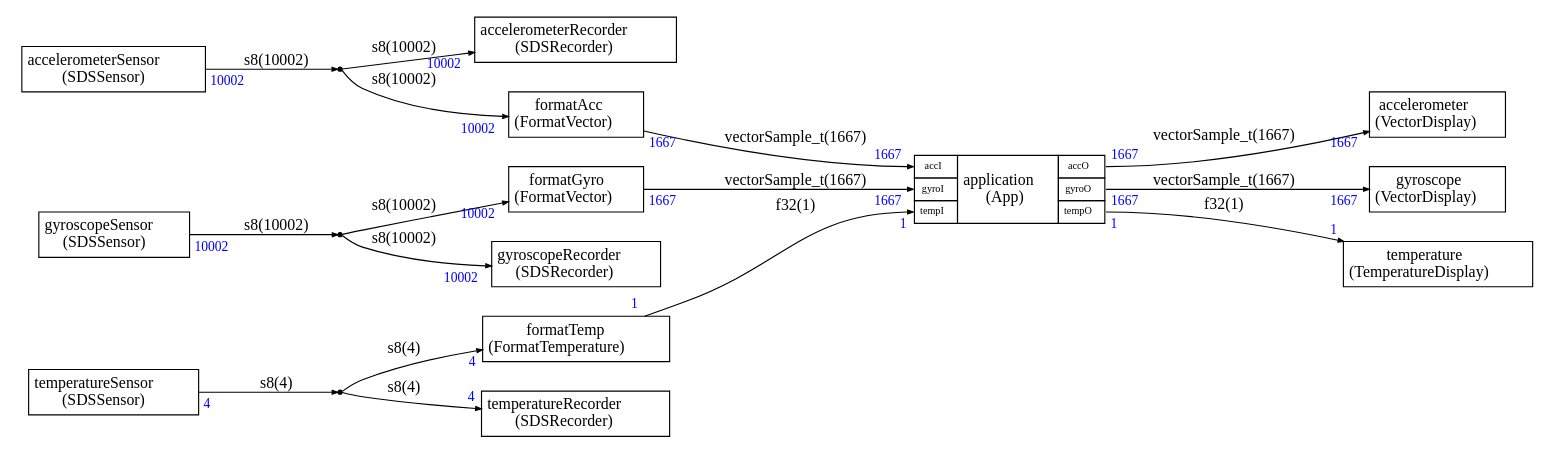
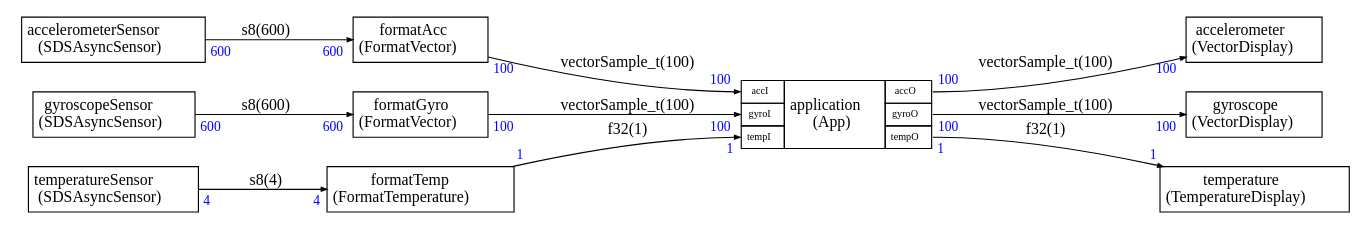
One commit to christophe0606/SDS-Framework changed the diagram in demo/Stream/demo.dot. Above: the diagram before and after it, drawn with Graphviz. The commit also changed 9 other files, not shown here.

```diff
--- a/demo/Stream/demo.dot
+++ b/demo/Stream/demo.dot
@@ -16,17 +16,10 @@
   </TR>
 </TABLE>>];
 
-accelerometerRecorder [label=<
-<TABLE BORDER="0" CELLBORDER="1" CELLSPACING="0" CELLPADDING="4">
-  <TR>
-    <TD ALIGN="CENTER" PORT="i">accelerometerRecorder<BR/>(SDSRecorder)</TD>
-  </TR>
-</TABLE>>];
-
 accelerometerSensor [label=<
 <TABLE BORDER="0" CELLBORDER="1" CELLSPACING="0" CELLPADDING="4">
   <TR>
-    <TD ALIGN="CENTER" PORT="i">accelerometerSensor<BR/>(SDSSensor)</TD>
+    <TD ALIGN="CENTER" PORT="i">accelerometerSensor<BR/>(SDSAsyncSensor)</TD>
   </TR>
 </TABLE>>];
 
@@ -49,12 +42,6 @@
 </TR>
 
 </TABLE>>];
-
-dup0 [shape=point,label=dup0]
-
-dup1 [shape=point,label=dup1]
-
-dup2 [shape=point,label=dup2]
 
 formatAcc [label=<
 <TABLE BORDER="0" CELLBORDER="1" CELLSPACING="0" CELLPADDING="4">
@@ -84,17 +71,10 @@
   </TR>
 </TABLE>>];
 
-gyroscopeRecorder [label=<
-<TABLE BORDER="0" CELLBORDER="1" CELLSPACING="0" CELLPADDING="4">
-  <TR>
-    <TD ALIGN="CENTER" PORT="i">gyroscopeRecorder<BR/>(SDSRecorder)</TD>
-  </TR>
-</TABLE>>];
-
 gyroscopeSensor [label=<
 <TABLE BORDER="0" CELLBORDER="1" CELLSPACING="0" CELLPADDING="4">
   <TR>
-    <TD ALIGN="CENTER" PORT="i">gyroscopeSensor<BR/>(SDSSensor)</TD>
+    <TD ALIGN="CENTER" PORT="i">gyroscopeSensor<BR/>(SDSAsyncSensor)</TD>
   </TR>
 </TABLE>>];
 
@@ -105,32 +85,43 @@
   </TR>
 </TABLE>>];
 
-temperatureRecorder [label=<
-<TABLE BORDER="0" CELLBORDER="1" CELLSPACING="0" CELLPADDING="4">
-  <TR>
-    <TD ALIGN="CENTER" PORT="i">temperatureRecorder<BR/>(SDSRecorder)</TD>
-  </TR>
-</TABLE>>];
-
 temperatureSensor [label=<
 <TABLE BORDER="0" CELLBORDER="1" CELLSPACING="0" CELLPADDING="4">
   <TR>
-    <TD ALIGN="CENTER" PORT="i">temperatureSensor<BR/>(SDSSensor)</TD>
+    <TD ALIGN="CENTER" PORT="i">temperatureSensor<BR/>(SDSAsyncSensor)</TD>
   </TR>
 </TABLE>>];
 
 
 
-formatAcc:i -> application:accI [label="vectorSample_t(1667)"
-,headlabel=<<TABLE BORDER="0" CELLPADDING="2"><TR><TD><FONT COLOR="blue" POINT-SIZE="12.0" >1667</FONT>
+accelerometerSensor:i -> formatAcc:i [label="s8(600)"
+,headlabel=<<TABLE BORDER="0" CELLPADDING="2"><TR><TD><FONT COLOR="blue" POINT-SIZE="12.0" >600</FONT>
 </TD></TR></TABLE>>
-,taillabel=<<TABLE BORDER="0" CELLPADDING="2"><TR><TD><FONT COLOR="blue" POINT-SIZE="12.0" >1667</FONT>
+,taillabel=<<TABLE BORDER="0" CELLPADDING="2"><TR><TD><FONT COLOR="blue" POINT-SIZE="12.0" >600</FONT>
 </TD></TR></TABLE>>]
 
-formatGyro:i -> application:gyroI [label="vectorSample_t(1667)"
-,headlabel=<<TABLE BORDER="0" CELLPADDING="2"><TR><TD><FONT COLOR="blue" POINT-SIZE="12.0" >1667</FONT>
+gyroscopeSensor:i -> formatGyro:i [label="s8(600)"
+,headlabel=<<TABLE BORDER="0" CELLPADDING="2"><TR><TD><FONT COLOR="blue" POINT-SIZE="12.0" >600</FONT>
 </TD></TR></TABLE>>
-,taillabel=<<TABLE BORDER="0" CELLPADDING="2"><TR><TD><FONT COLOR="blue" POINT-SIZE="12.0" >1667</FONT>
+,taillabel=<<TABLE BORDER="0" CELLPADDING="2"><TR><TD><FONT COLOR="blue" POINT-SIZE="12.0" >600</FONT>
+</TD></TR></TABLE>>]
+
+temperatureSensor:i -> formatTemp:i [label="s8(4)"
+,headlabel=<<TABLE BORDER="0" CELLPADDING="2"><TR><TD><FONT COLOR="blue" POINT-SIZE="12.0" >4</FONT>
+</TD></TR></TABLE>>
+,taillabel=<<TABLE BORDER="0" CELLPADDING="2"><TR><TD><FONT COLOR="blue" POINT-SIZE="12.0" >4</FONT>
+</TD></TR></TABLE>>]
+
+formatAcc:i -> application:accI [label="vectorSample_t(100)"
+,headlabel=<<TABLE BORDER="0" CELLPADDING="2"><TR><TD><FONT COLOR="blue" POINT-SIZE="12.0" >100</FONT>
+</TD></TR></TABLE>>
+,taillabel=<<TABLE BORDER="0" CELLPADDING="2"><TR><TD><FONT COLOR="blue" POINT-SIZE="12.0" >100</FONT>
+</TD></TR></TABLE>>]
+
+formatGyro:i -> application:gyroI [label="vectorSample_t(100)"
+,headlabel=<<TABLE BORDER="0" CELLPADDING="2"><TR><TD><FONT COLOR="blue" POINT-SIZE="12.0" >100</FONT>
+</TD></TR></TABLE>>
+,taillabel=<<TABLE BORDER="0" CELLPADDING="2"><TR><TD><FONT COLOR="blue" POINT-SIZE="12.0" >100</FONT>
 </TD></TR></TABLE>>]
 
 formatTemp:i -> application:tempI [label="f32(1)"
@@ -139,16 +130,16 @@
 ,taillabel=<<TABLE BORDER="0" CELLPADDING="2"><TR><TD><FONT COLOR="blue" POINT-SIZE="12.0" >1</FONT>
 </TD></TR></TABLE>>]
 
-application:accO -> accelerometer:i [label="vectorSample_t(1667)"
-,headlabel=<<TABLE BORDER="0" CELLPADDING="2"><TR><TD><FONT COLOR="blue" POINT-SIZE="12.0" >1667</FONT>
+application:accO -> accelerometer:i [label="vectorSample_t(100)"
+,headlabel=<<TABLE BORDER="0" CELLPADDING="2"><TR><TD><FONT COLOR="blue" POINT-SIZE="12.0" >100</FONT>
 </TD></TR></TABLE>>
-,taillabel=<<TABLE BORDER="0" CELLPADDING="2"><TR><TD><FONT COLOR="blue" POINT-SIZE="12.0" >1667</FONT>
+,taillabel=<<TABLE BORDER="0" CELLPADDING="2"><TR><TD><FONT COLOR="blue" POINT-SIZE="12.0" >100</FONT>
 </TD></TR></TABLE>>]
 
-application:gyroO -> gyroscope:i [label="vectorSample_t(1667)"
-,headlabel=<<TABLE BORDER="0" CELLPADDING="2"><TR><TD><FONT COLOR="blue" POINT-SIZE="12.0" >1667</FONT>
+application:gyroO -> gyroscope:i [label="vectorSample_t(100)"
+,headlabel=<<TABLE BORDER="0" CELLPADDING="2"><TR><TD><FONT COLOR="blue" POINT-SIZE="12.0" >100</FONT>
 </TD></TR></TABLE>>
-,taillabel=<<TABLE BORDER="0" CELLPADDING="2"><TR><TD><FONT COLOR="blue" POINT-SIZE="12.0" >1667</FONT>
+,taillabel=<<TABLE BORDER="0" CELLPADDING="2"><TR><TD><FONT COLOR="blue" POINT-SIZE="12.0" >100</FONT>
 </TD></TR></TABLE>>]
 
 application:tempO -> temperature:i [label="f32(1)"
@@ -157,59 +148,5 @@
 ,taillabel=<<TABLE BORDER="0" CELLPADDING="2"><TR><TD><FONT COLOR="blue" POINT-SIZE="12.0" >1</FONT>
 </TD></TR></TABLE>>]
 
-accelerometerSensor:i ->  
-dup0 [label="s8(10002)"
-
-,taillabel=<<TABLE BORDER="0" CELLPADDING="2"><TR><TD><FONT COLOR="blue" POINT-SIZE="12.0" >10002</FONT>
-</TD></TR></TABLE>>]
-
- 
-dup0 -> formatAcc:i [label="s8(10002)"
-,headlabel=<<TABLE BORDER="0" CELLPADDING="2"><TR><TD><FONT COLOR="blue" POINT-SIZE="12.0" >10002</FONT>
-</TD></TR></TABLE>>
-]
-
- 
-dup0 -> accelerometerRecorder:i [label="s8(10002)"
-,headlabel=<<TABLE BORDER="0" CELLPADDING="2"><TR><TD><FONT COLOR="blue" POINT-SIZE="12.0" >10002</FONT>
-</TD></TR></TABLE>>
-]
-
-gyroscopeSensor:i ->  
-dup1 [label="s8(10002)"
-
-,taillabel=<<TABLE BORDER="0" CELLPADDING="2"><TR><TD><FONT COLOR="blue" POINT-SIZE="12.0" >10002</FONT>
-</TD></TR></TABLE>>]
-
- 
-dup1 -> formatGyro:i [label="s8(10002)"
-,headlabel=<<TABLE BORDER="0" CELLPADDING="2"><TR><TD><FONT COLOR="blue" POINT-SIZE="12.0" >10002</FONT>
-</TD></TR></TABLE>>
-]
-
- 
-dup1 -> gyroscopeRecorder:i [label="s8(10002)"
-,headlabel=<<TABLE BORDER="0" CELLPADDING="2"><TR><TD><FONT COLOR="blue" POINT-SIZE="12.0" >10002</FONT>
-</TD></TR></TABLE>>
-]
-
-temperatureSensor:i ->  
-dup2 [label="s8(4)"
-
-,taillabel=<<TABLE BORDER="0" CELLPADDING="2"><TR><TD><FONT COLOR="blue" POINT-SIZE="12.0" >4</FONT>
-</TD></TR></TABLE>>]
-
- 
-dup2 -> formatTemp:i [label="s8(4)"
-,headlabel=<<TABLE BORDER="0" CELLPADDING="2"><TR><TD><FONT COLOR="blue" POINT-SIZE="12.0" >4</FONT>
-</TD></TR></TABLE>>
-]
-
- 
-dup2 -> temperatureRecorder:i [label="s8(4)"
-,headlabel=<<TABLE BORDER="0" CELLPADDING="2"><TR><TD><FONT COLOR="blue" POINT-SIZE="12.0" >4</FONT>
-</TD></TR></TABLE>>
-]
-
 
 }
```
